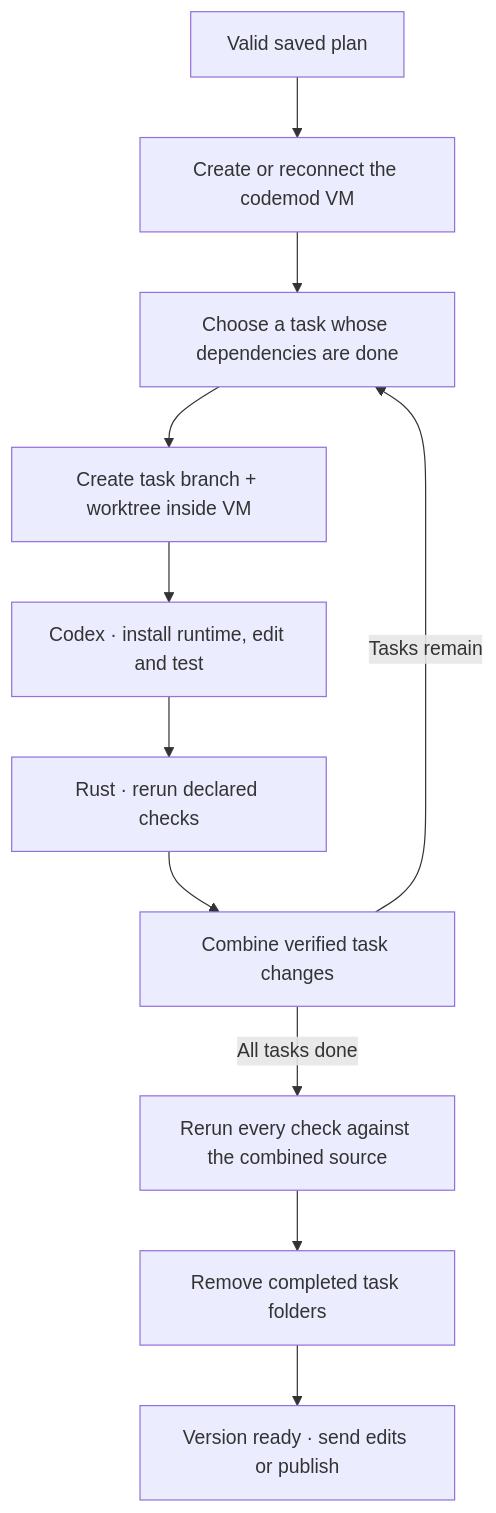
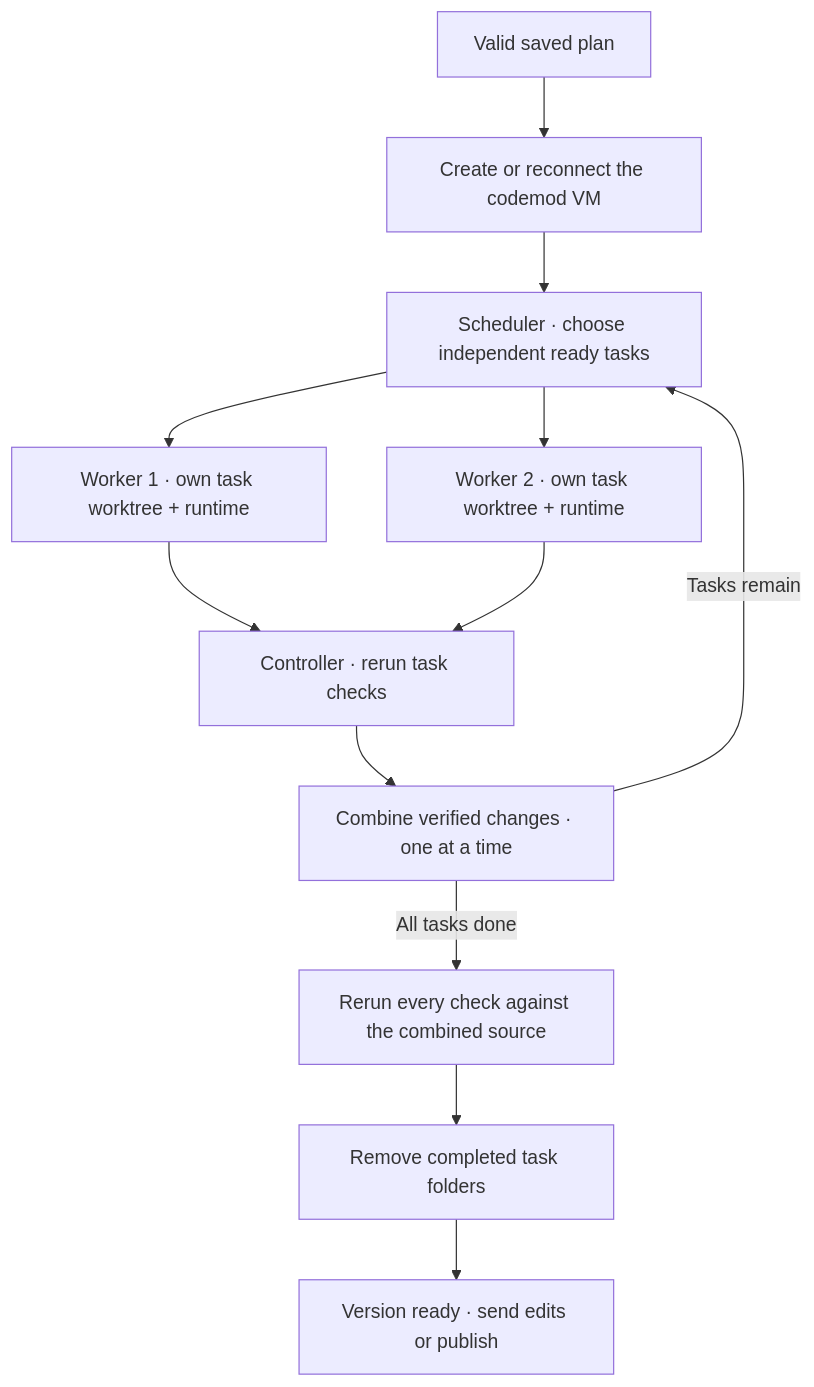
The diagram in docs/execution.md (minimumeffort-dev/sprowt.harness), drawn with Mermaid before and after one commit. The commit also changed other lines of this file and 19 other files, not shown here.

````diff
--- a/docs/execution.md
+++ b/docs/execution.md
@@ -5,13 +5,14 @@
 ```mermaid
 flowchart TB
     plan["Valid saved plan"] --> vm["Create or reconnect the codemod VM"]
-    vm --> task["Choose a task whose dependencies are done"]
-    task --> tree["Create task branch + worktree inside VM"]
-    tree --> worker["Codex · install runtime, edit and test"]
-    worker --> checks["Rust · rerun declared checks"]
-    checks --> merge["Combine verified task changes"]
+    vm --> task["Scheduler · choose independent ready tasks"]
+    task --> first["Worker 1 · own task worktree + runtime"]
+    task --> second["Worker 2 · own task worktree + runtime"]
+    first --> checks["Controller · rerun task checks"]
+    second --> checks
+    checks --> merge["Combine verified changes · one at a time"]
     merge -->|"Tasks remain"| task
     merge -->|"All tasks done"| final["Rerun every check against the combined source"]
     final --> cleanup["Remove completed task folders"]
     cleanup --> ready["Version ready · send edits or publish"]
 ```
````
